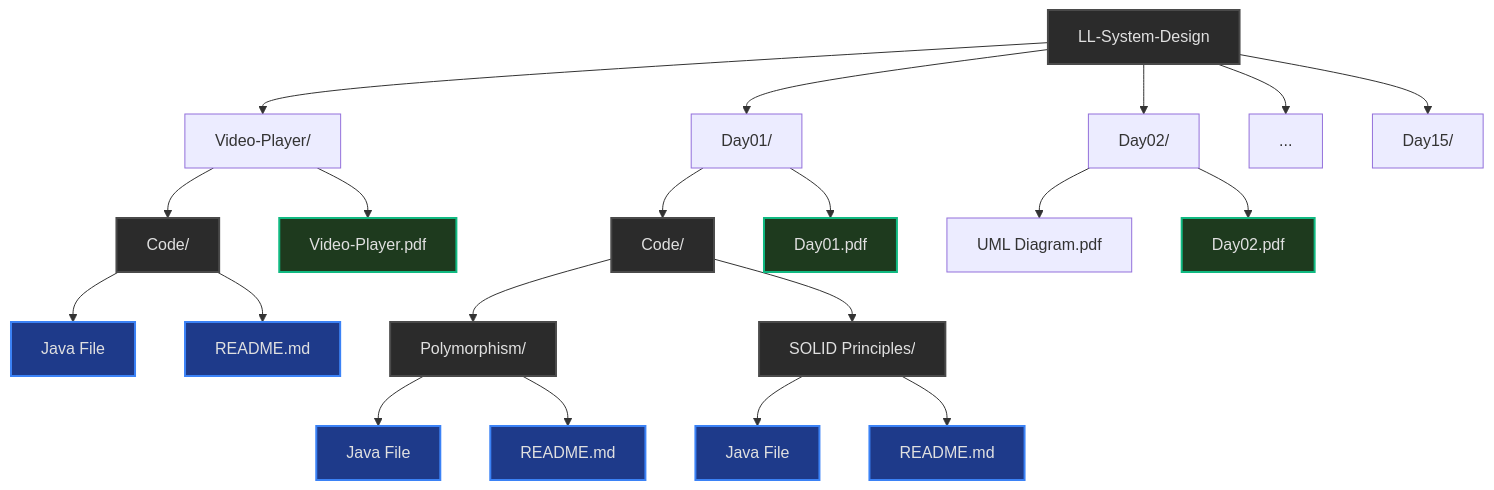
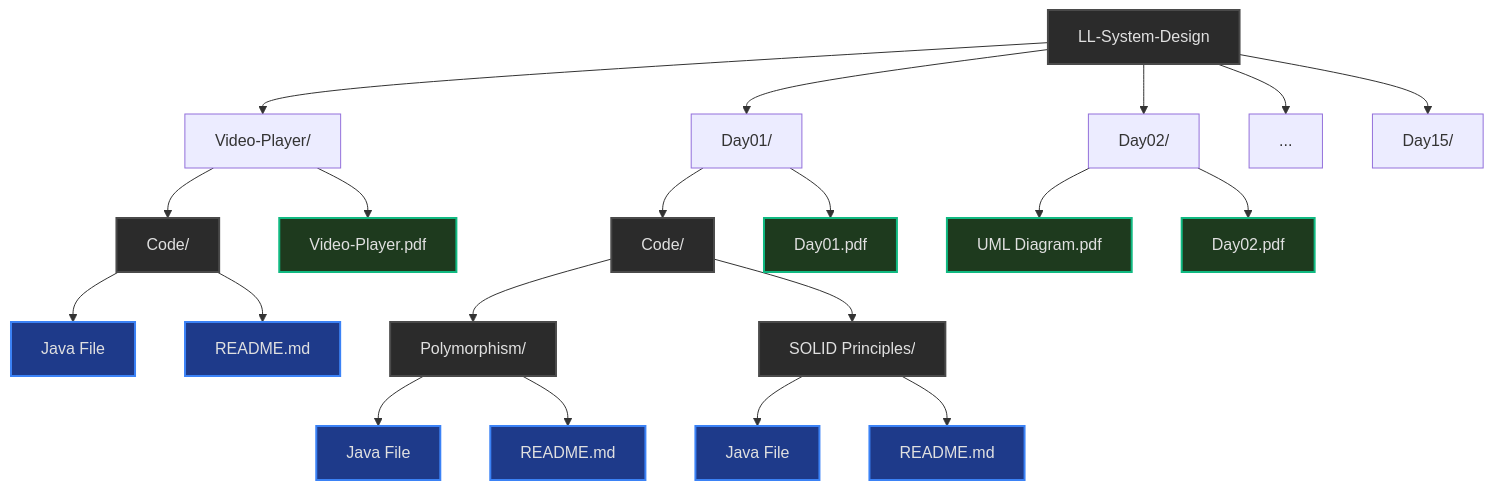
One commit to Shree2604/LL-System-Design changed the diagram in README.md. Above: the diagram before and after it, drawn with Mermaid. The commit also changed other lines of this file, not shown here.

Commit message:
Added Day02 Content

````diff
--- a/README.md
+++ b/README.md
@@ -13,38 +13,38 @@
 ```mermaid
 graph TD
     %% Main Repository Structure
     A[LL-System-Design] --> B[Video-Player/]
     A --> C[Day01/]
     A --> D[Day02/]
     A --> E[...]
     A --> F[Day15/]
     
     %% Video-Player Structure
     B --> B1[Code/]
     B1 --> B11[Java File]
     B1 --> B12[README.md]
     B --> B2[Video-Player.pdf]
     
     %% Day01 Structure
     C --> C1[Code/]
     C1 --> C11[Polymorphism/]
     C11 --> C111[Java File]
     C11 --> C112[README.md]
     C1 --> C12[SOLID Principles/]
     C12 --> C121[Java File]
     C12 --> C122[README.md]
     C --> C2[Day01.pdf]
 
     %% Day02 Structure
     D --> D1[UML Diagram.pdf]
     D --> D2[Day02.pdf]
     
     %% Styling
     classDef folder fill:#2b2b2b,stroke:#4a4a4a,color:#e0e0e0,stroke-width:2px
     classDef file fill:#1e3a8a,stroke:#3b82f6,color:#e0e0e0,stroke-width:2px
     classDef doc fill:#1e3a1e,stroke:#10b981,color:#e0e0e0,stroke-width:2px
     
     class A,C1,C11,C12,B1 folder
     class B11,B12,C111,C112,C121,C122 file
-    class B2,C2,D2 doc
+    class B2,C2,D1,D2 doc
 ```
````
